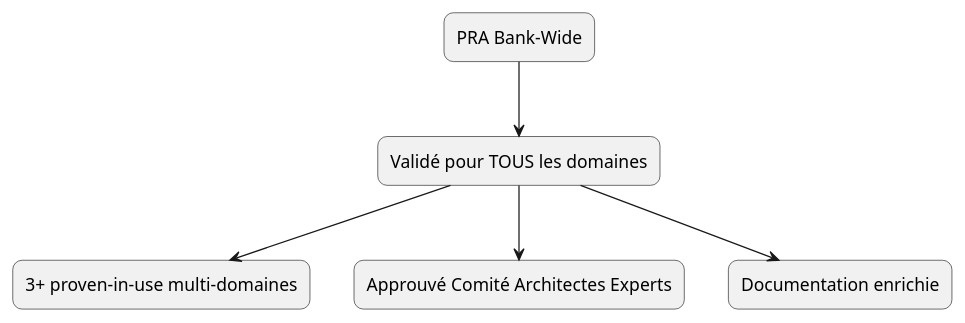
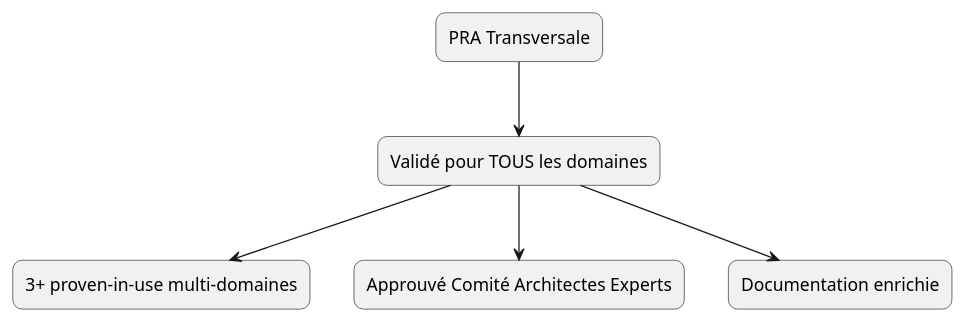
The first of 6 diagrams in content/guides/fr/understanding-pra.adoc (KiyaliHQ/proven-reusable-architecture), drawn with PlantUML before and after one commit. The commit also changed other lines of this file and 98 other files, not shown here.

```diff
--- a/content/guides/fr/understanding-pra.adoc
+++ b/content/guides/fr/understanding-pra.adoc
@@ -92,16 +92,16 @@
 [plantuml]
 ----
 @startuml
 top to bottom direction
 skinparam rectangleRoundCorner 15
-rectangle "PRA Bank-Wide" as A
+rectangle "PRA Transversale" as A
 rectangle "Validé pour TOUS les domaines" as B
 rectangle "3+ proven-in-use multi-domaines" as C
 rectangle "Approuvé Comité Architectes Experts" as D
 rectangle "Documentation enrichie" as E
 A --> B
 B --> C
 B --> D
 B --> E
 @enduml
 ----
```
